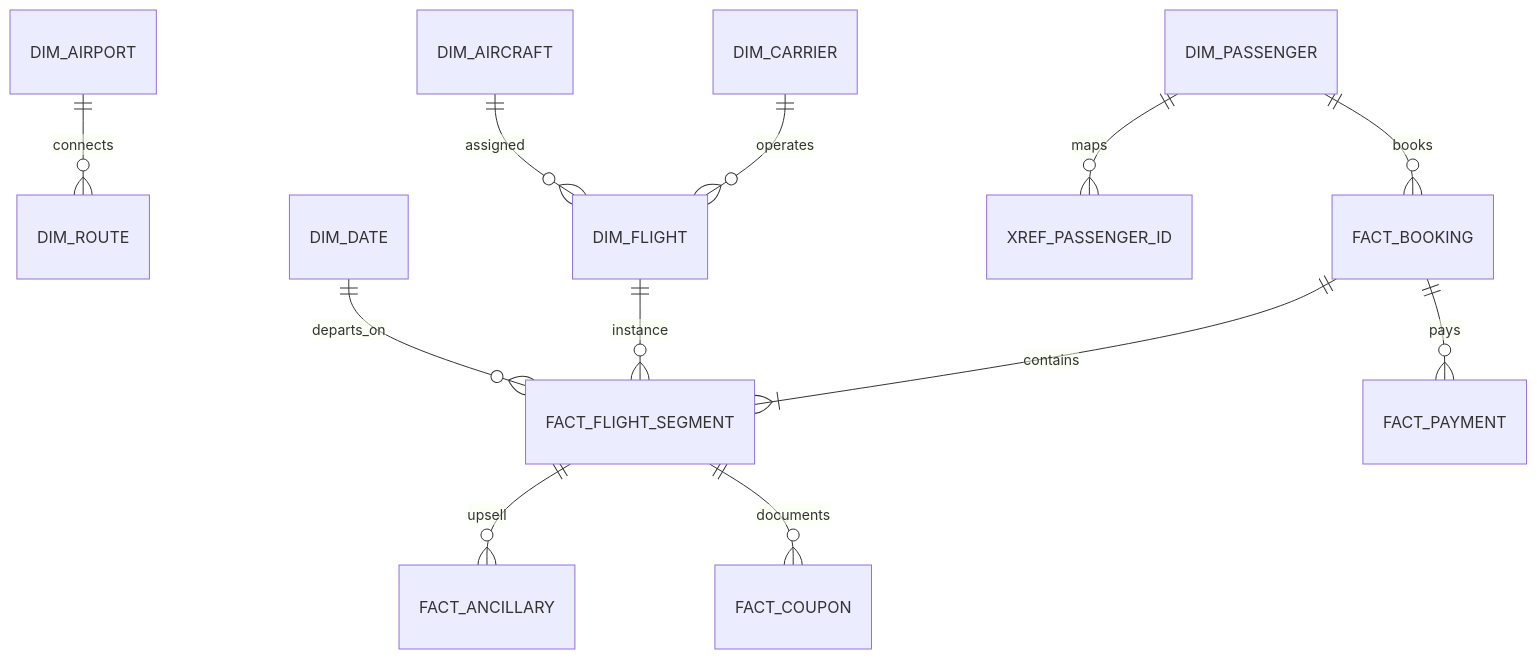
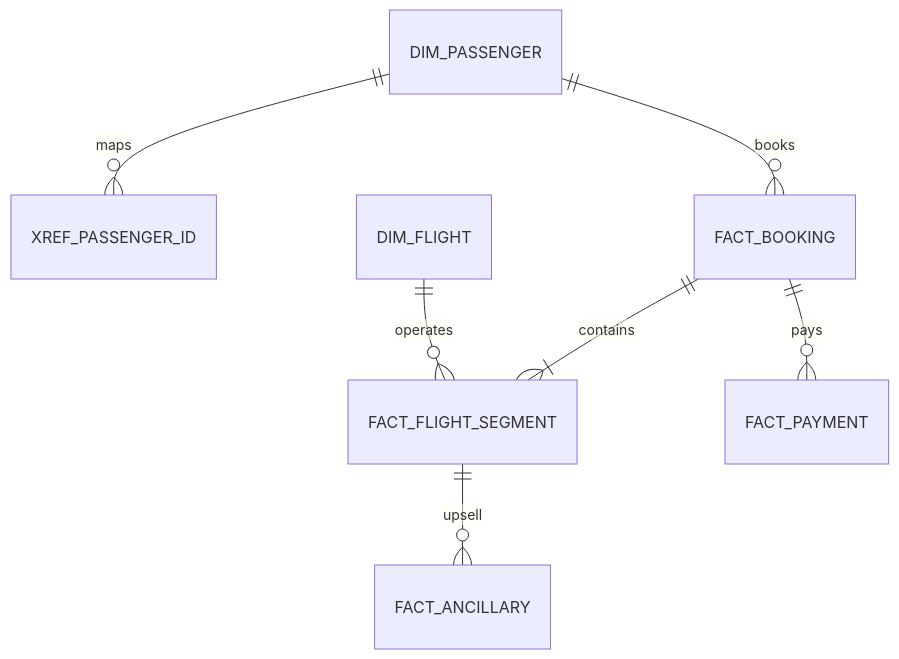
The first of 2 diagrams in docs/05-database-schema.md (willtran112358/airline-domain-data-platform), drawn with Mermaid before and after one commit. The commit also changed other lines of this file and 17 other files, not shown here.

````diff
--- a/docs/05-database-schema.md
+++ b/docs/05-database-schema.md
@@ -13,14 +9,9 @@
 ```mermaid
 erDiagram
-    DIM_AIRPORT ||--o{ DIM_ROUTE : connects
-    DIM_AIRCRAFT ||--o{ DIM_FLIGHT : assigned
-    DIM_CARRIER ||--o{ DIM_FLIGHT : operates
-    DIM_DATE ||--o{ FACT_FLIGHT_SEGMENT : departs_on
-    DIM_FLIGHT ||--o{ FACT_FLIGHT_SEGMENT : instance
     DIM_PASSENGER ||--o{ XREF_PASSENGER_ID : maps
     DIM_PASSENGER ||--o{ FACT_BOOKING : books
+    DIM_FLIGHT ||--o{ FACT_FLIGHT_SEGMENT : operates
     FACT_BOOKING ||--|{ FACT_FLIGHT_SEGMENT : contains
     FACT_FLIGHT_SEGMENT ||--o{ FACT_ANCILLARY : upsell
-    FACT_FLIGHT_SEGMENT ||--o{ FACT_COUPON : documents
     FACT_BOOKING ||--o{ FACT_PAYMENT : pays
 ```
````
